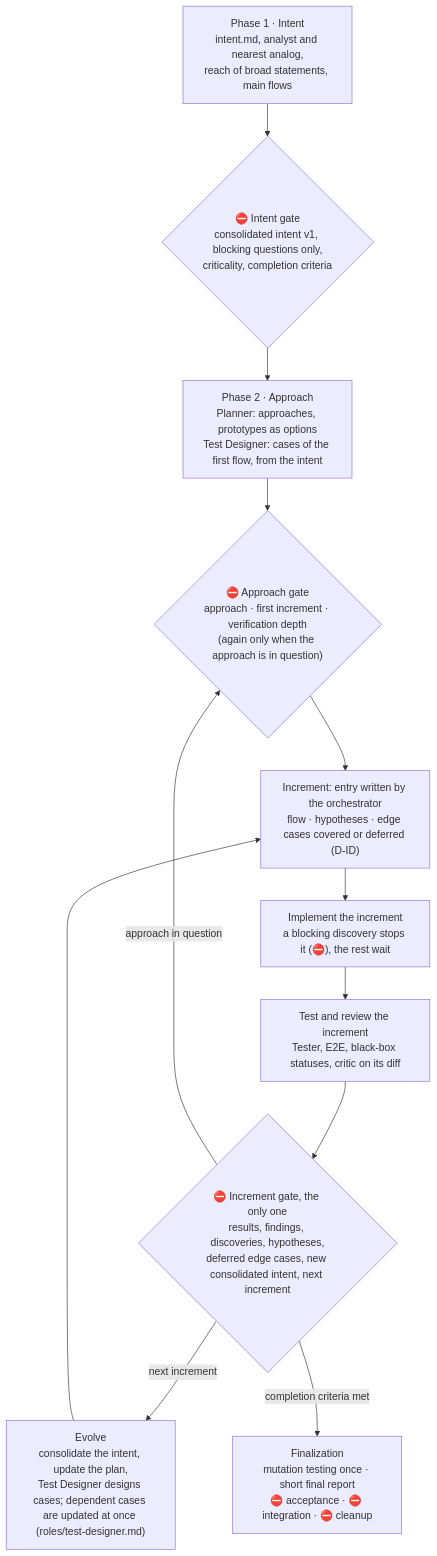
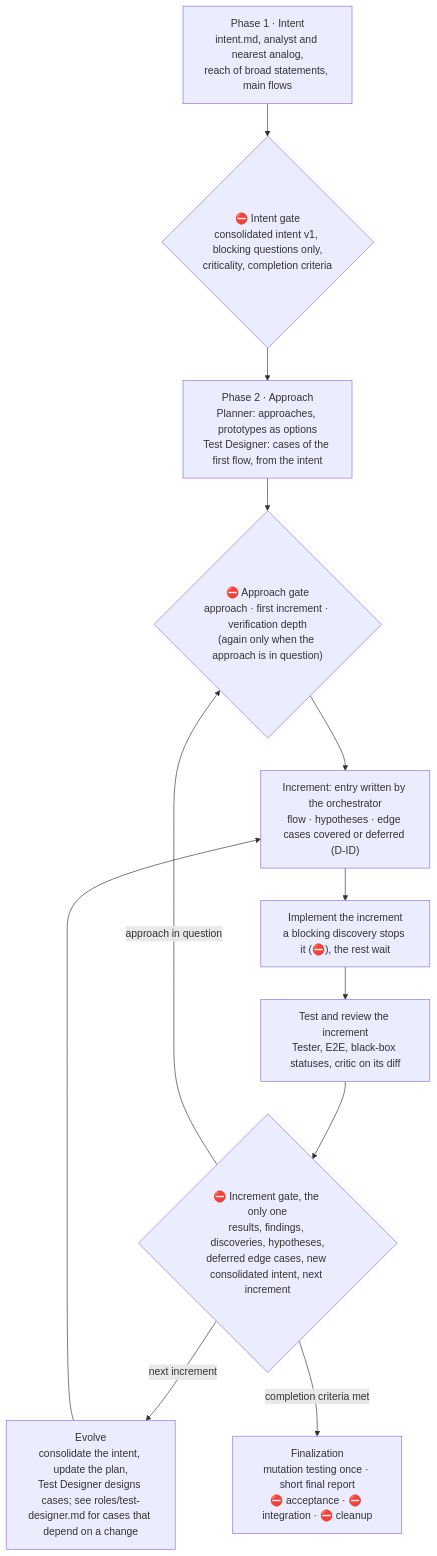
Before and after one commit to mariopedemonte12/claude-feature-workflow: the fifth of 12 diagrams in docs/architecture.md, drawn with Mermaid. The commit also changed 1 other file, not shown here.

Commit message:
reach-and-case-sync: docs diagram labels point to the role instead of restating

````diff
--- a/docs/architecture.md
+++ b/docs/architecture.md
@@ -211,14 +211,14 @@
 ```mermaid
 flowchart TB
     P1["Phase 1 · Intent<br/>intent.md, analyst and nearest analog,<br/>reach of broad statements, main flows"] --> G1{"⛔ Intent gate<br/>consolidated intent v1, blocking questions only,<br/>criticality, completion criteria"}
     G1 --> P2["Phase 2 · Approach<br/>Planner: approaches, prototypes as options<br/>Test Designer: cases of the first flow, from the intent"]
     P2 --> G2{"⛔ Approach gate<br/>approach · first increment · verification depth<br/>(again only when the approach is in question)"}
     G2 --> INC["Increment: entry written by the orchestrator<br/>flow · hypotheses · edge cases covered or deferred (D-ID)"]
     INC --> P3["Implement the increment<br/>a blocking discovery stops it (⛔), the rest wait"]
     P3 --> P4["Test and review the increment<br/>Tester, E2E, black-box statuses, critic on its diff"]
     P4 --> G4{"⛔ Increment gate, the only one<br/>results, findings, discoveries, hypotheses,<br/>deferred edge cases, new consolidated intent, next increment"}
-    G4 -->|"next increment"| EV["Evolve<br/>consolidate the intent, update the plan,<br/>Test Designer designs cases; dependent cases are updated at once (roles/test-designer.md)"]
+    G4 -->|"next increment"| EV["Evolve<br/>consolidate the intent, update the plan,<br/>Test Designer designs cases; see roles/test-designer.md for cases that depend on a change"]
     EV --> INC
     G4 -->|"approach in question"| G2
     G4 -->|"completion criteria met"| P6["Finalization<br/>mutation testing once · short final report<br/>⛔ acceptance · ⛔ integration · ⛔ cleanup"]
 ```
````
